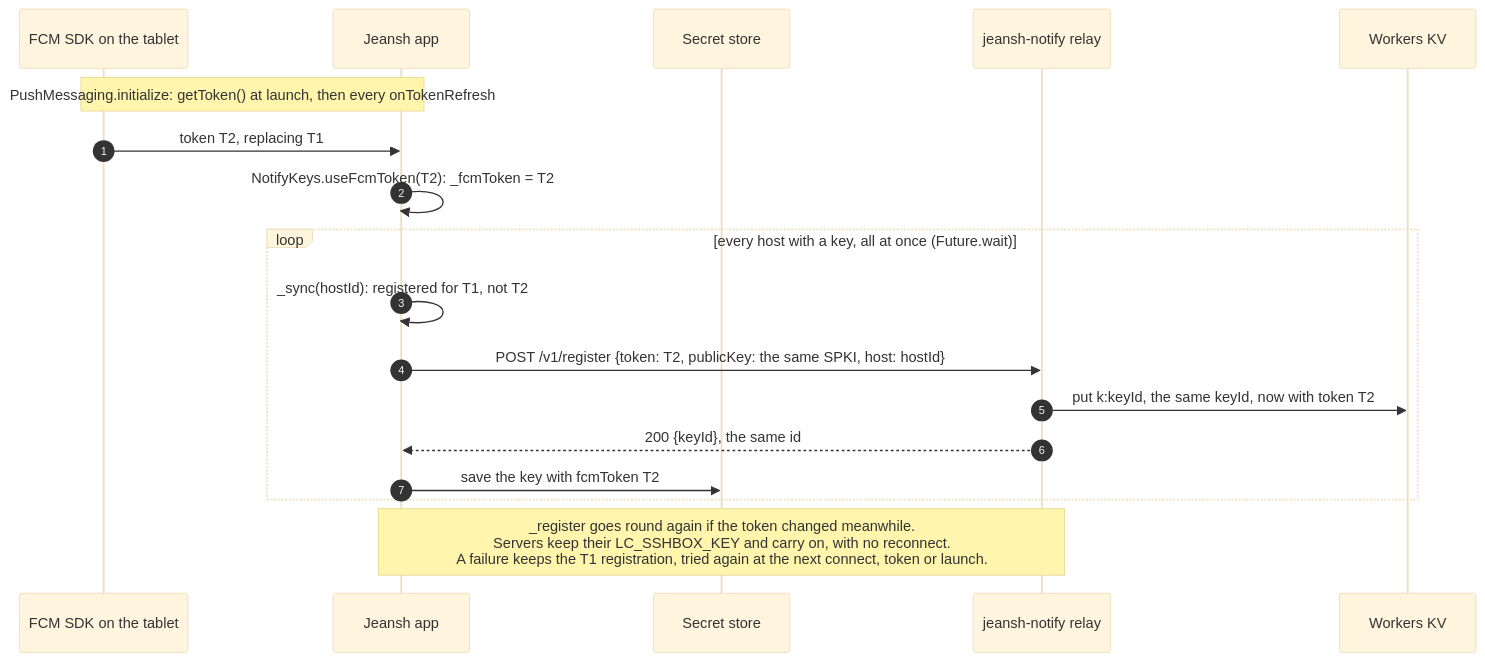
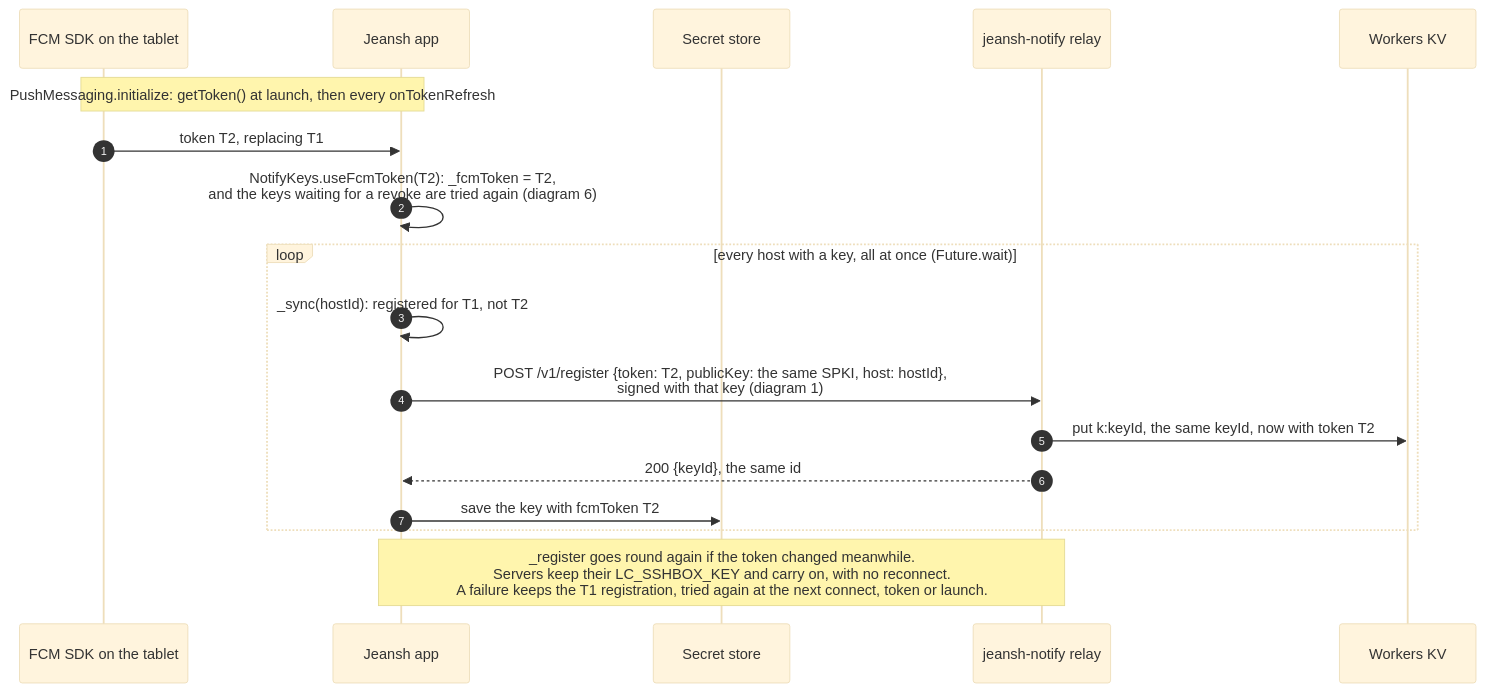
The eighth of 8 diagrams in docs/notification-architecture.md (triasbrata/sshbox), drawn with Mermaid (base theme) before and after one commit. The commit also changed other lines of this file and 7 other files, not shown here.

First line of the commit message:
Notifications can't reach the wrong phone: signed register, reliable revoke

````diff
--- a/docs/notification-architecture.md
+++ b/docs/notification-architecture.md
@@ -367,21 +381,21 @@
 ```mermaid
 sequenceDiagram
   autonumber
   participant FCM as FCM SDK on the tablet
   participant App as Jeansh app
   participant Store as Secret store
   participant Relay as jeansh-notify relay
   participant KV as Workers KV
 
   Note over FCM,App: PushMessaging.initialize: getToken() at launch, then every onTokenRefresh
   FCM->>App: token T2, replacing T1
-  App->>App: NotifyKeys.useFcmToken(T2): _fcmToken = T2
+  App->>App: NotifyKeys.useFcmToken(T2): _fcmToken = T2,<br/>and the keys waiting for a revoke are tried again (diagram 6)
   loop every host with a key, all at once (Future.wait)
     App->>App: _sync(hostId): registered for T1, not T2
-    App->>Relay: POST /v1/register {token: T2, publicKey: the same SPKI, host: hostId}
+    App->>Relay: POST /v1/register {token: T2, publicKey: the same SPKI, host: hostId},<br/>signed with that key (diagram 1)
     Relay->>KV: put k:keyId, the same keyId, now with token T2
     Relay-->>App: 200 {keyId}, the same id
     App->>Store: save the key with fcmToken T2
   end
   Note over App,Relay: _register goes round again if the token changed meanwhile.<br/>Servers keep their LC_SSHBOX_KEY and carry on, with no reconnect.<br/>A failure keeps the T1 registration, tried again at the next connect, token or launch.
 ```
````
